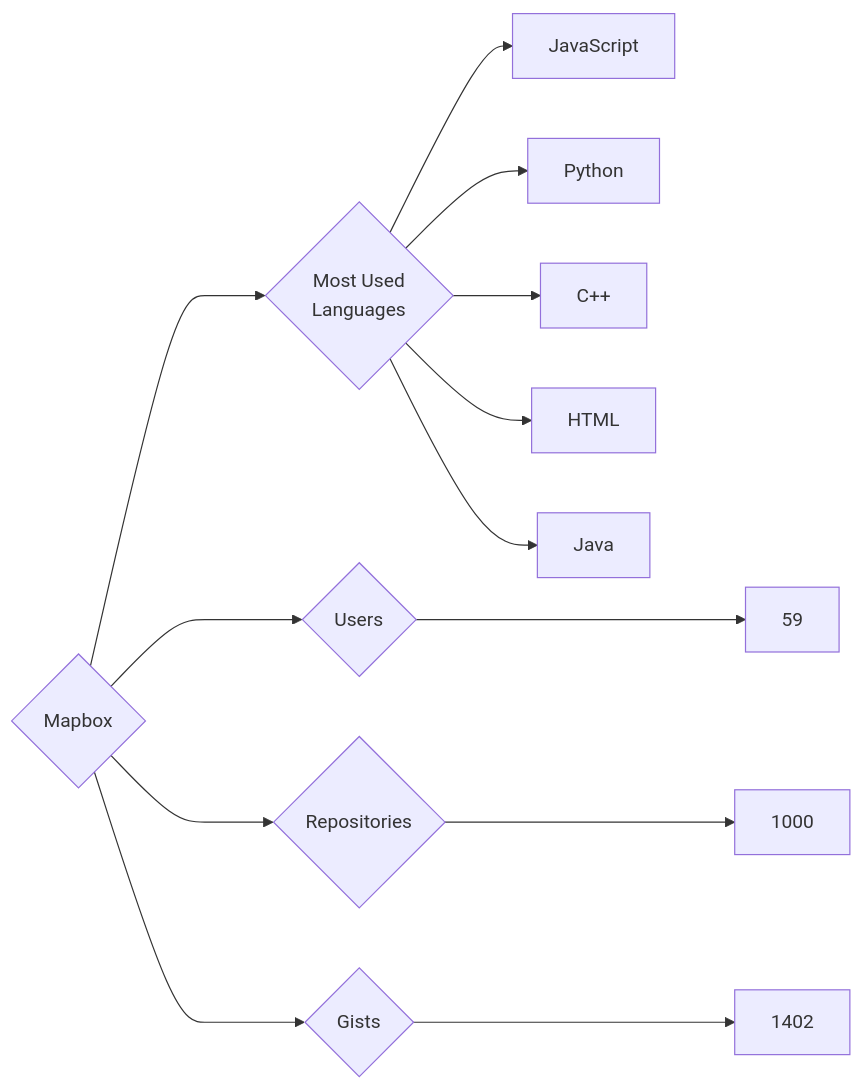
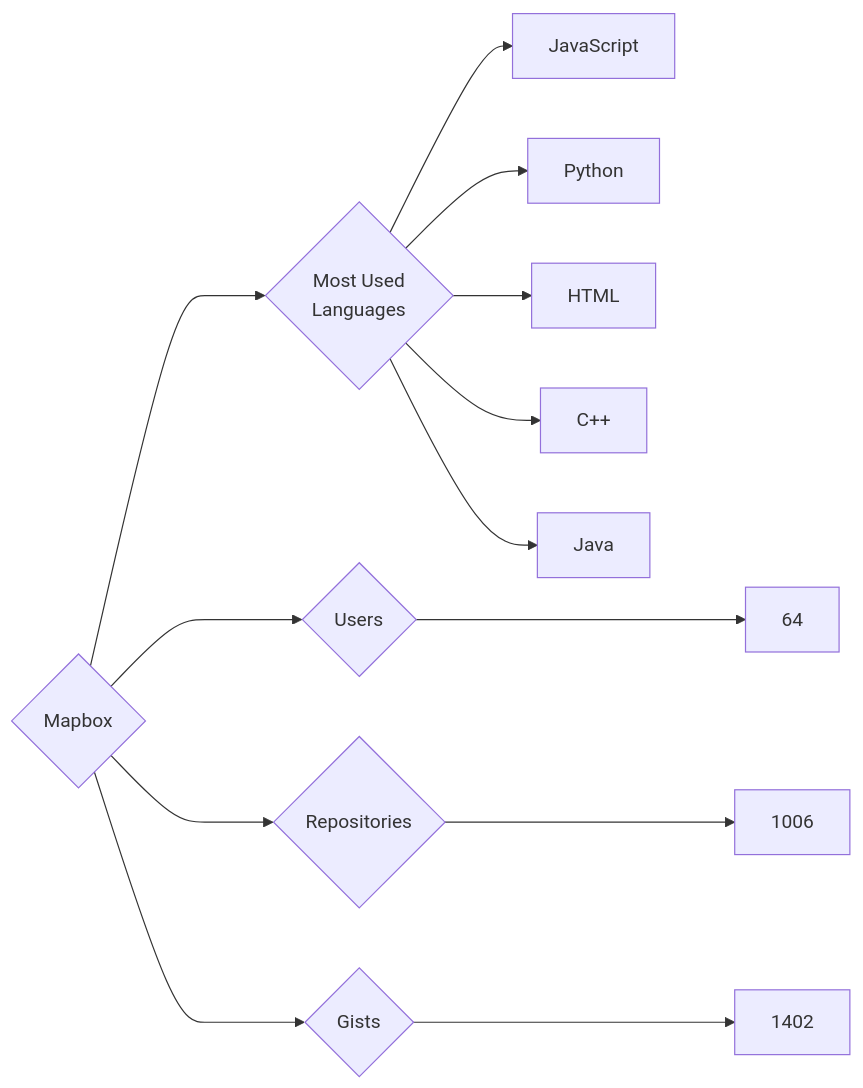
Before and after one commit to trickest/insiders: the diagram in targets/Mapbox/README.md, drawn with Mermaid. The commit also changed 720 other files, not shown here.

````diff
--- a/targets/Mapbox/README.md
+++ b/targets/Mapbox/README.md
@@ -3,13 +3,13 @@
 ```mermaid
 graph LR
 COMPANY_NAME{Mapbox}
-COMPANY_NAME ---> U{Users} ---> UN[59]
-COMPANY_NAME ---> R{Repositories} ---> RN[1000]
+COMPANY_NAME ---> U{Users} ---> UN[64]
+COMPANY_NAME ---> R{Repositories} ---> RN[1006]
 COMPANY_NAME ---> G{Gists} ---> GN[1402]
 COMPANY_NAME ---> ML{Most Used<br>Languages}
 ML --> JavaScript[JavaScript]
 ML --> Python[Python]
+ML --> HTML[HTML]
 ML --> C++[C++]
-ML --> HTML[HTML]
 ML --> Java[Java]
 ```
````
